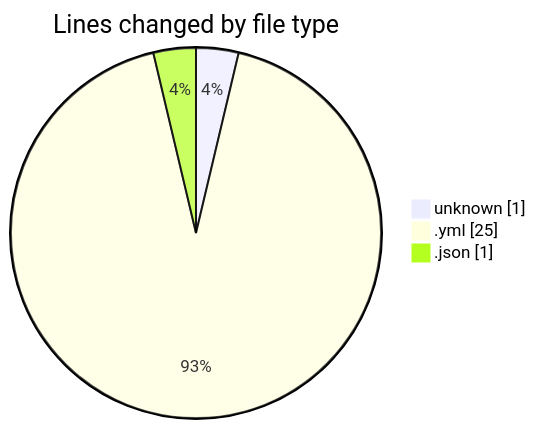
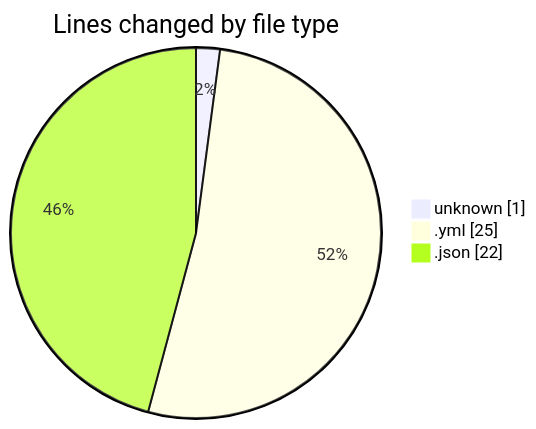
One commit to earendildev/code-tracking changed the first of 2 diagrams in 2025-05-09/scripts__workspace_/README.md. Above: the diagram before and after it, drawn with Mermaid. The commit also changed other lines of this file and 1 other file, not shown here.

````diff
--- a/2025-05-09/scripts__workspace_/README.md
+++ b/2025-05-09/scripts__workspace_/README.md
@@ -22,7 +23,7 @@
 ```mermaid
 pie showData
 title Lines changed by file type
 "unknown" : 1
 ".yml" : 25
-".json" : 1
+".json" : 22
 ```
````
